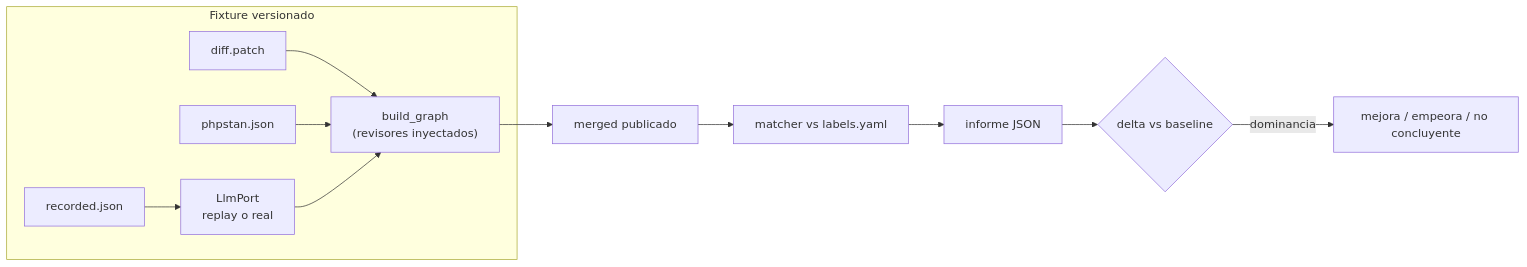
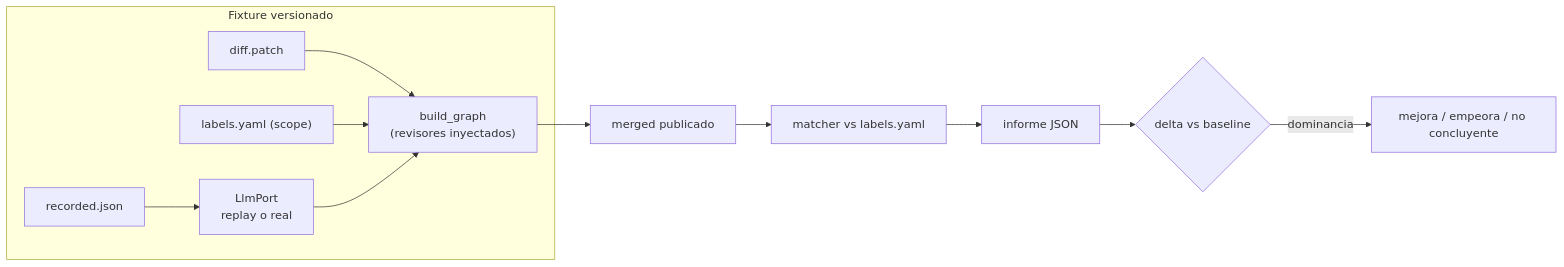
One commit to pcgarat/agent-review-langgraph changed the diagram in docs/iniciativas/006-eval-de-la-review/spec.md. Above: the diagram before and after it, drawn with Mermaid. The commit also changed other lines of this file and 8 other files, not shown here.

````diff
--- a/docs/iniciativas/006-eval-de-la-review/spec.md
+++ b/docs/iniciativas/006-eval-de-la-review/spec.md
@@ -206,14 +227,14 @@
 ```mermaid
 flowchart LR
     subgraph FX["Fixture versionado"]
         D["diff.patch"] --> G
-        P["phpstan.json"] --> G
+        P["labels.yaml (scope)"] --> G
         R["recorded.json"] --> PRT
     end
     G["build_graph<br/>(revisores inyectados)"] --> M["merged publicado"]
     PRT["LlmPort<br/>replay o real"] --> G
     M --> MT["matcher vs labels.yaml"]
     MT --> REP["informe JSON"]
     REP --> CMP{"delta vs baseline"}
     CMP -->|"dominancia"| V["mejora / empeora / no concluyente"]
 ```
````
